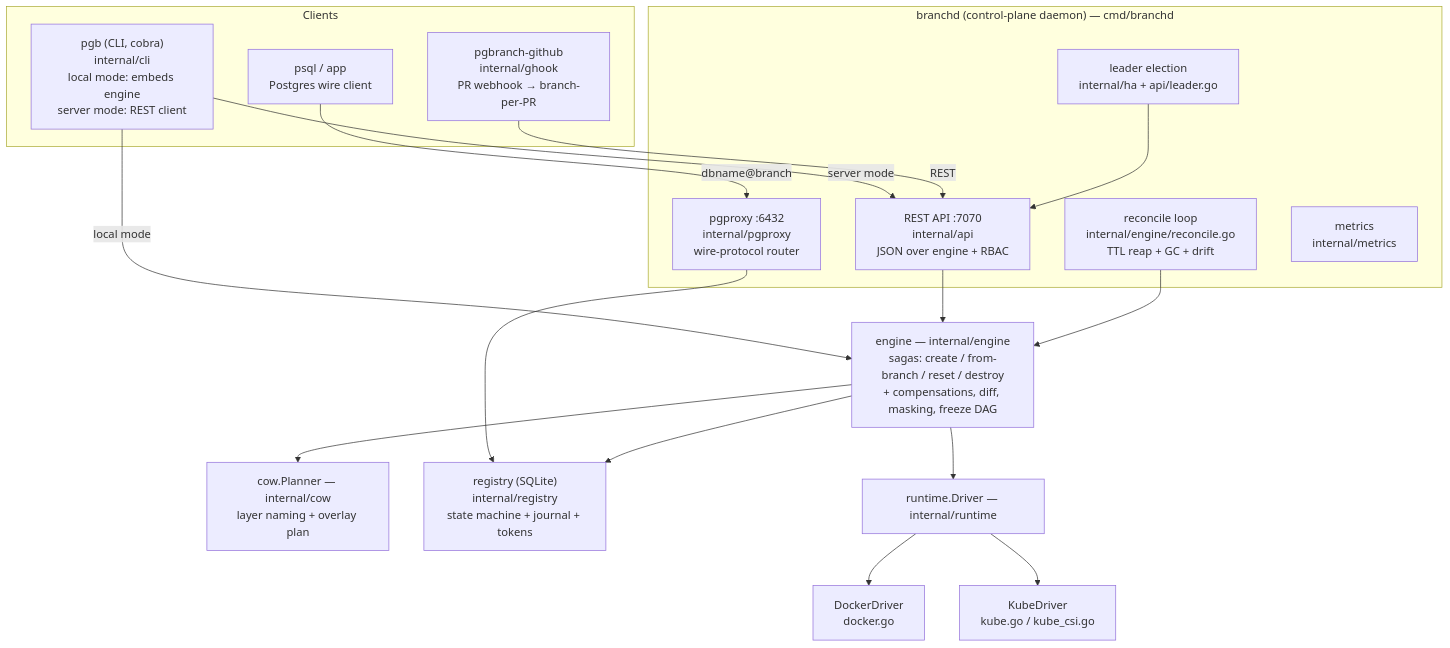
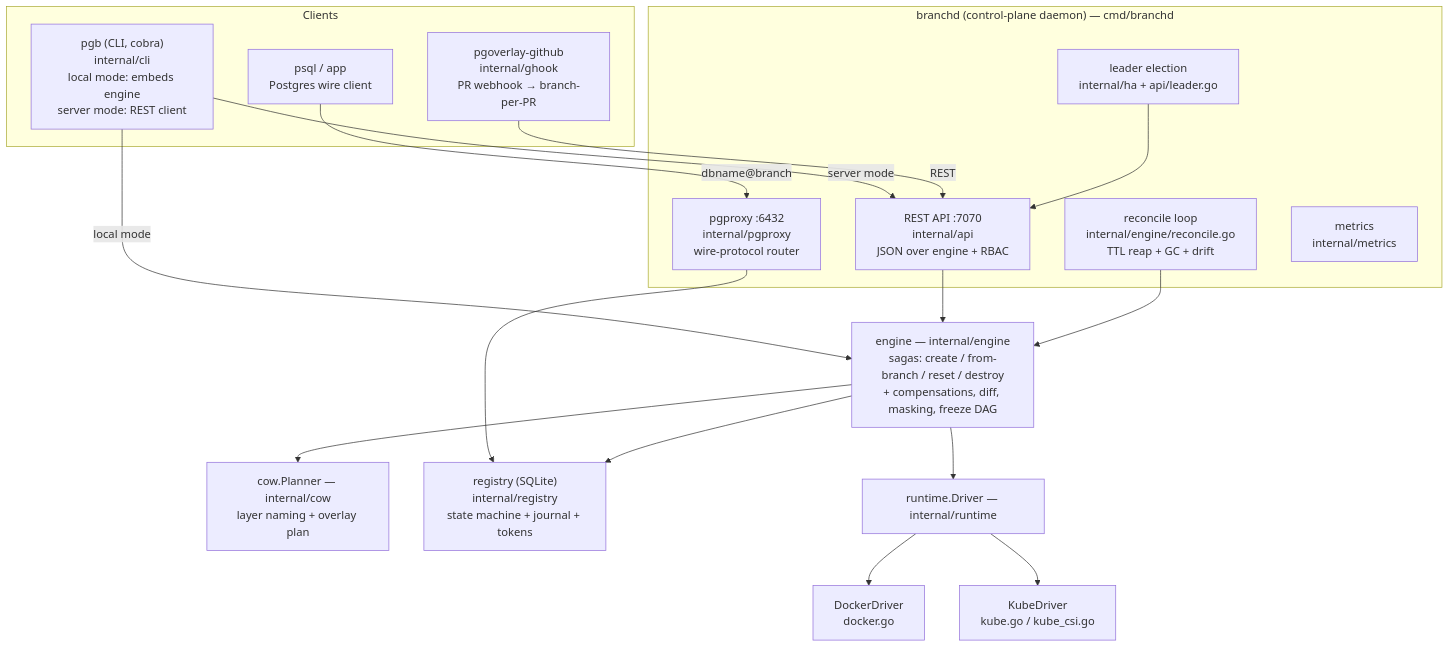
One commit to abd-ulbasit/pgoverlay changed the first of 5 diagrams in docs/code-tour.md. Above: the diagram before and after it, drawn with Mermaid. The commit also changed other lines of this file and 159 other files, not shown here.

````diff
--- a/docs/code-tour.md
+++ b/docs/code-tour.md
@@ -42,39 +42,39 @@
 ```mermaid
 graph TD
     subgraph clients["Clients"]
         pgb["pgb (CLI, cobra)<br/>internal/cli<br/>local mode: embeds engine<br/>server mode: REST client"]
-        ghook["pgbranch-github<br/>internal/ghook<br/>PR webhook → branch-per-PR"]
+        ghook["pgoverlay-github<br/>internal/ghook<br/>PR webhook → branch-per-PR"]
         psql["psql / app<br/>Postgres wire client"]
     end
 
     subgraph branchd["branchd (control-plane daemon) — cmd/branchd"]
         api["REST API :7070<br/>internal/api<br/>JSON over engine + RBAC"]
         proxy["pgproxy :6432<br/>internal/pgproxy<br/>wire-protocol router"]
         reconcile["reconcile loop<br/>internal/engine/reconcile.go<br/>TTL reap + GC + drift"]
         ha["leader election<br/>internal/ha + api/leader.go"]
         metrics["metrics<br/>internal/metrics"]
     end
 
     engine["engine — internal/engine<br/>sagas: create / from-branch / reset / destroy<br/>+ compensations, diff, masking, freeze DAG"]
     planner["cow.Planner — internal/cow<br/>layer naming + overlay plan"]
 
     registry["registry (SQLite)<br/>internal/registry<br/>state machine + journal + tokens"]
     runtime["runtime.Driver — internal/runtime"]
     docker["DockerDriver<br/>docker.go"]
     kube["KubeDriver<br/>kube.go / kube_csi.go"]
 
     pgb -->|server mode| api
     ghook -->|REST| api
     psql -->|"dbname@branch"| proxy
     pgb -->|local mode| engine
 
     api --> engine
     proxy --> registry
     reconcile --> engine
     ha --> api
     engine --> planner
     engine --> registry
     engine --> runtime
     runtime --> docker
     runtime --> kube
 ```
````
